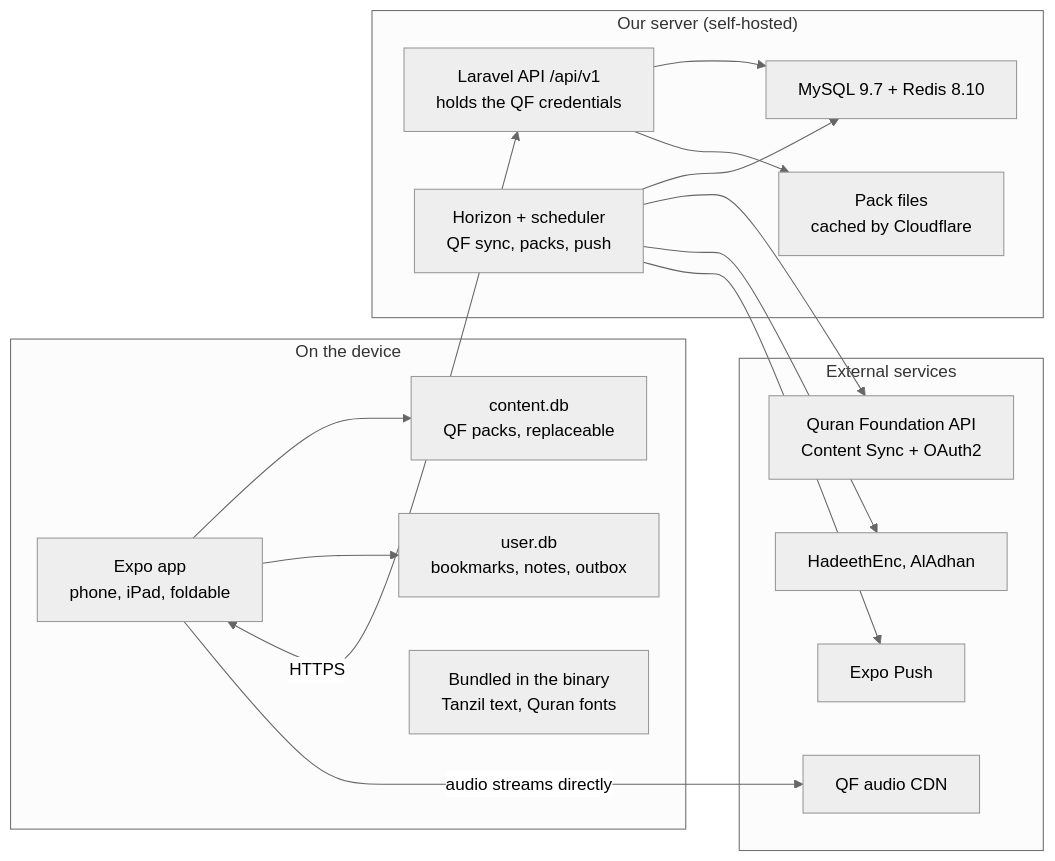
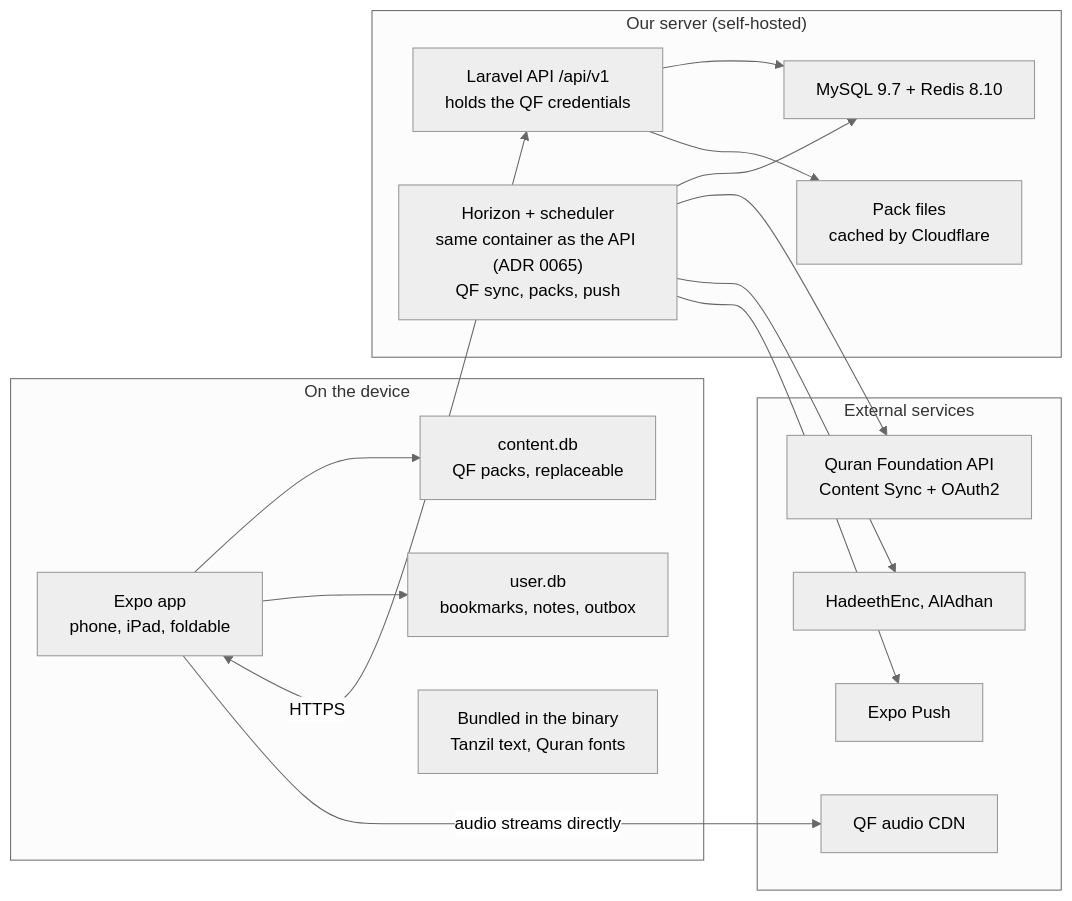
Before and after one commit to eyadalasfahany/quran-app: the diagram in docs/technical-spec.md, drawn with Mermaid (neutral theme). The commit also changed other lines of this file and 110 other files, not shown here.

````diff
--- a/docs/technical-spec.md
+++ b/docs/technical-spec.md
@@ -66,31 +66,31 @@
 ```mermaid
 flowchart LR
   subgraph Device["On the device"]
     App["Expo app<br/>phone, iPad, foldable"]
     CDB["content.db<br/>QF packs, replaceable"]
     UDB["user.db<br/>bookmarks, notes, outbox"]
     Bundle["Bundled in the binary<br/>Tanzil text, Quran fonts"]
   end
   subgraph Server["Our server (self-hosted)"]
     API["Laravel API /api/v1<br/>holds the QF credentials"]
-    Workers["Horizon + scheduler<br/>QF sync, packs, push"]
+    Workers["Horizon + scheduler<br/>same container as the API (ADR 0065)<br/>QF sync, packs, push"]
     DB["MySQL 9.7 + Redis 8.10"]
     Packs["Pack files<br/>cached by Cloudflare"]
   end
   subgraph Ext["External services"]
     CDN["QF audio CDN"]
     QF["Quran Foundation API<br/>Content Sync + OAuth2"]
     HE["HadeethEnc, AlAdhan"]
     Push["Expo Push"]
   end
   App --> CDB
   App --> UDB
   App <-->|HTTPS| API
   App -->|audio streams directly| CDN
   API --> DB
   API --> Packs
   Workers --> DB
   Workers --> QF
   Workers --> HE
   Workers --> Push
 ```
````
